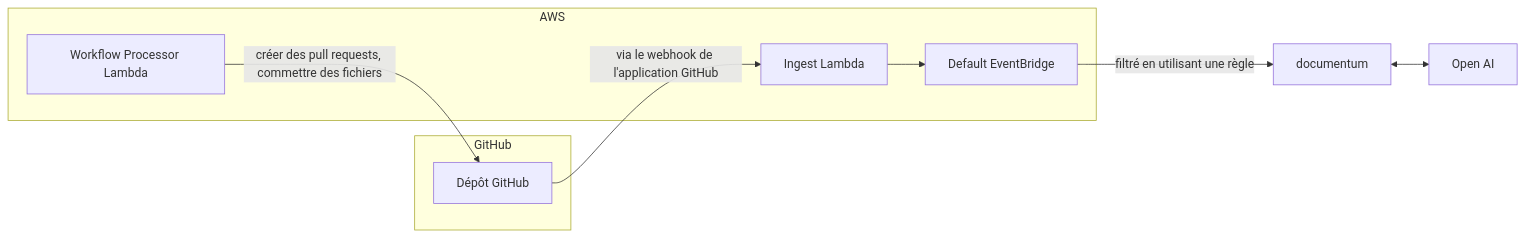
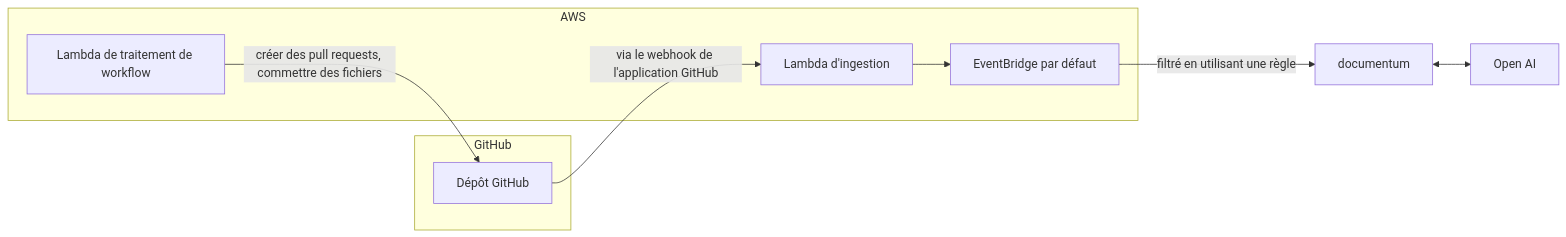
Before and after one commit to todoengineering/EvergreenDocs: the diagram in README.fr.md, drawn with Mermaid. The commit also changed other lines of this file, not shown here.

````diff
--- a/README.fr.md
+++ b/README.fr.md
@@ -88,18 +88,18 @@
 ```mermaid
 graph LR
   subgraph GitHub
     githubRepo[Dépôt GitHub]
   end
 
   subgraph AWS
-    ingest[Ingest Lambda]
-    defaultEventBridge[Default EventBridge]
-    workflowProcessor[Workflow Processor Lambda]
+    ingest[Lambda d'ingestion]
+    defaultEventBridge[EventBridge par défaut]
+    workflowProcessor[Lambda de traitement de workflow]
   end
 
   openAi[Open AI]
 
 
   githubRepo -- via le webhook de l'application GitHub --> ingest --> defaultEventBridge -- filtré en utilisant une règle --> documentum <--> openAi
   workflowProcessor -- créer des pull requests, commettre des fichiers --> githubRepo
 ```
````
